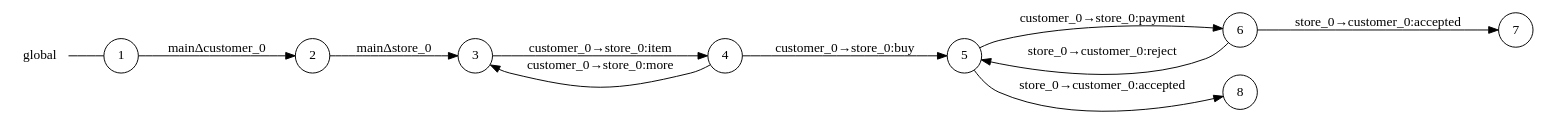
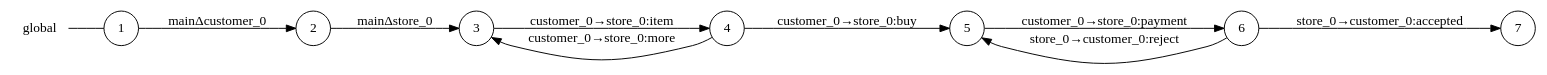
The diagram in examples/customer/main_global_view.dot (gabrielegenovese/chorer), drawn with Graphviz before and after one commit. The commit also changed 7 other files, not shown here.

```diff
--- a/examples/customer/main_global_view.dot
+++ b/examples/customer/main_global_view.dot
@@ -1,23 +1,21 @@
 digraph global {
 	rankdir="LR";
 	n_0 [label="global", shape="plaintext"];
-	n_1 [id="5", shape=circle, label="5"];
-	n_2 [id="6", shape=circle, label="6"];
+	n_1 [id="5", shape=circle, label="6"];
+	n_2 [id="6", shape=circle, label="7"];
 	n_3 [id="1", shape=circle, label="1"];
 	n_0 -> n_3 [arrowhead=none];
 	n_4 [id="2", shape=circle, label="2"];
-	n_5 [id="8", shape=circle, label="8"];
-	n_6 [id="4", shape=circle, label="4"];
-	n_7 [id="7", shape=circle, label="7"];
-	n_8 [id="3", shape=circle, label="3"];
+	n_5 [id="8", shape=circle, label="4"];
+	n_6 [id="4", shape=circle, label="5"];
+	n_7 [id="3", shape=circle, label="3"];
 
-	n_4 -> n_8 [id="[$e|1]", label="mainΔstore_0"];
-	n_2 -> n_7 [id="[$e|6]", label="store_0→customer_0:accepted"];
-	n_1 -> n_2 [id="[$e|5]", label="customer_0→store_0:payment"];
-	n_6 -> n_1 [id="[$e|3]", label="customer_0→store_0:buy"];
-	n_6 -> n_8 [id="[$e|4]", label="customer_0→store_0:more"];
-	n_1 -> n_5 [id="[$e|8]", label="store_0→customer_0:accepted"];
-	n_3 -> n_4 [id="[$e|0]", label="mainΔcustomer_0"];
-	n_8 -> n_6 [id="[$e|2]", label="customer_0→store_0:item"];
-	n_2 -> n_1 [id="[$e|7]", label="store_0→customer_0:reject"];
+	n_6 -> n_1 [id="[$e|1]", label="customer_0→store_0:payment"];
+	n_1 -> n_6 [id="[$e|5]", label="store_0→customer_0:reject"];
+	n_5 -> n_7 [id="[$e|9]", label="customer_0→store_0:more"];
+	n_3 -> n_4 [id="[$e|4]", label="mainΔcustomer_0"];
+	n_5 -> n_6 [id="[$e|8]", label="customer_0→store_0:buy"];
+	n_1 -> n_2 [id="[$e|0]", label="store_0→customer_0:accepted"];
+	n_4 -> n_7 [id="[$e|2]", label="mainΔstore_0"];
+	n_7 -> n_5 [id="[$e|7]", label="customer_0→store_0:item"];
 }
```
